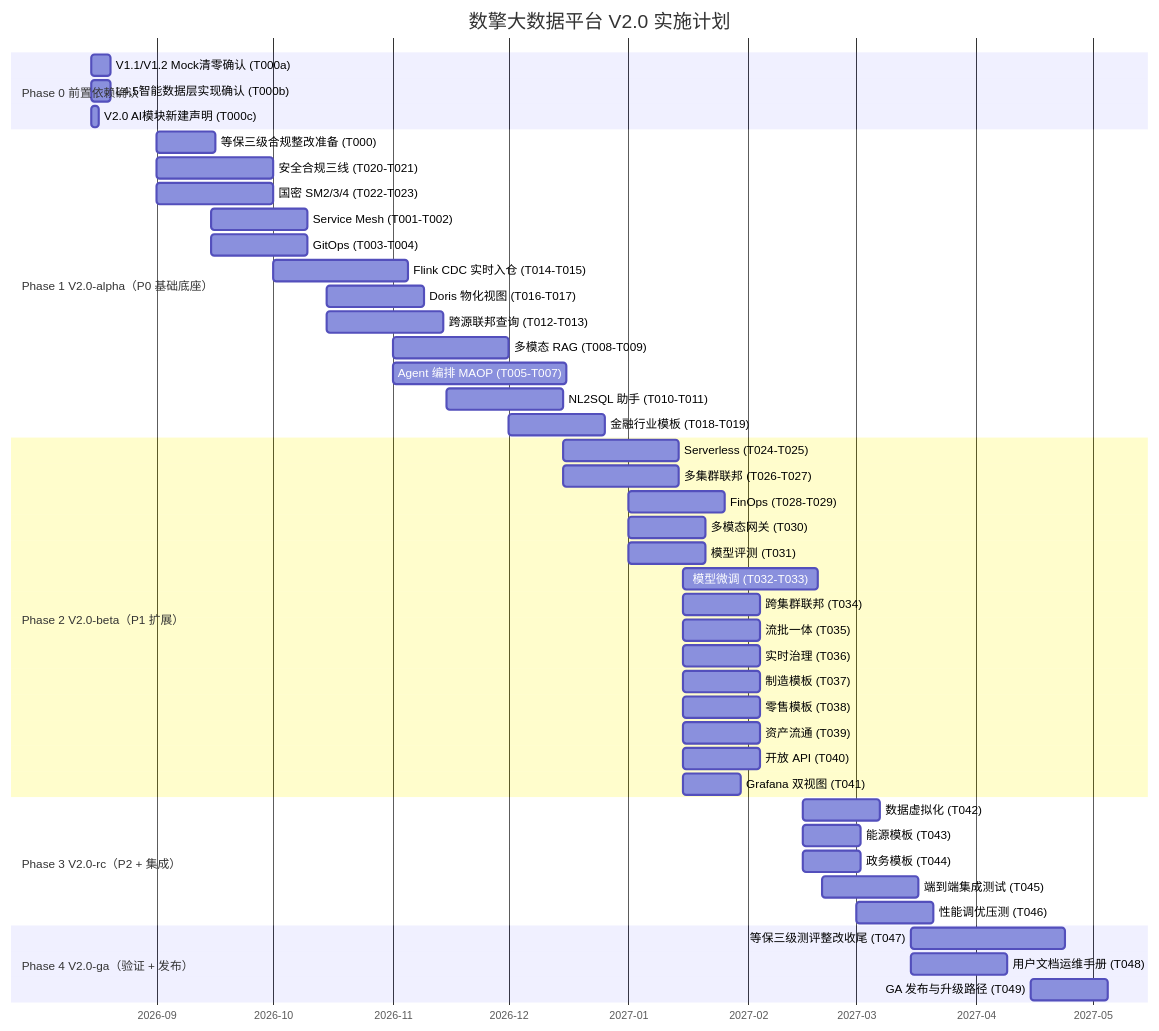
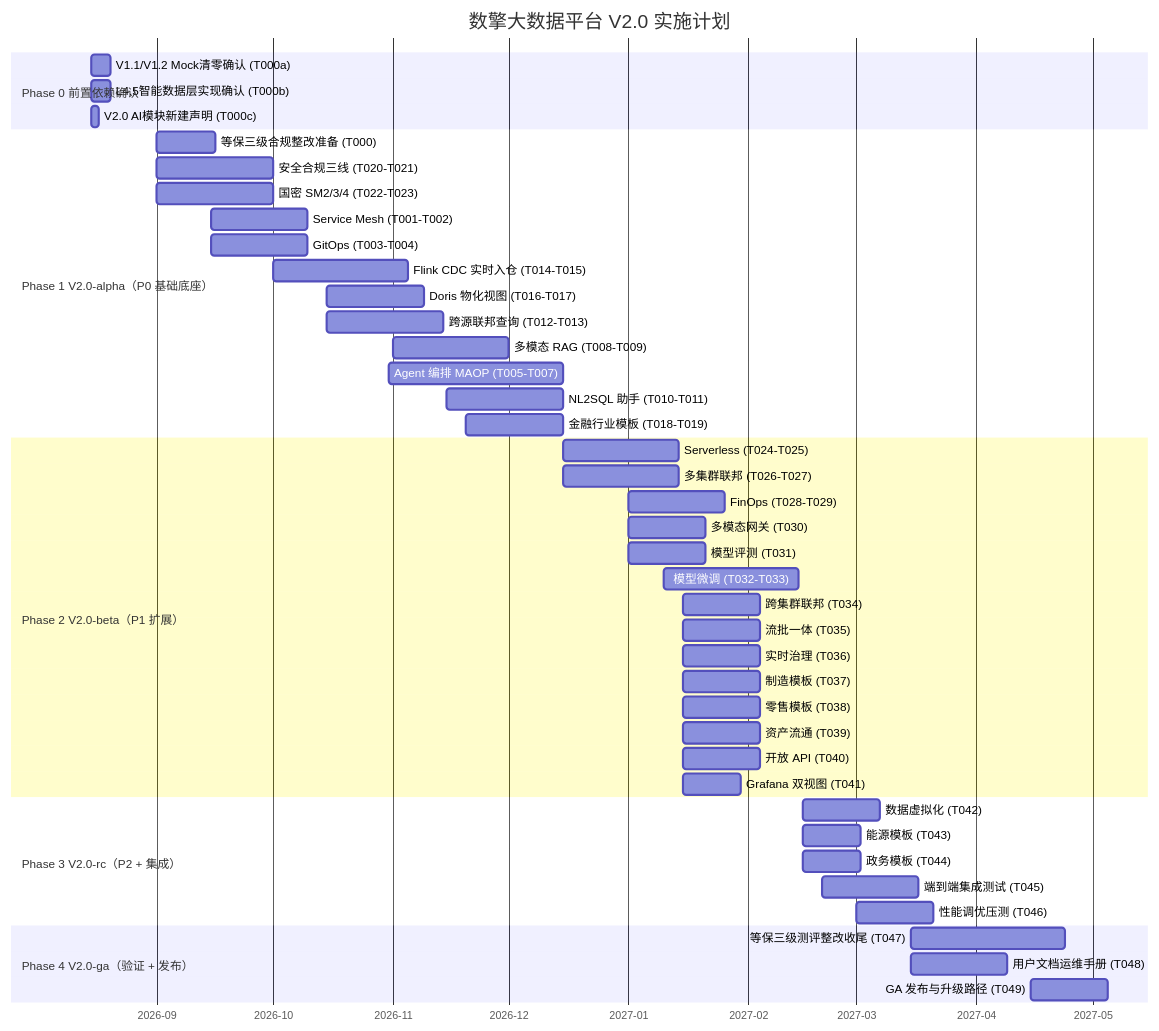
One commit to Levango7/DataEngineBDP changed the first of 3 diagrams in design/v2.0/V2.0_实施计划.md. Above: the diagram before and after it, drawn with Mermaid. The commit also changed other lines of this file and 6 other files, not shown here.

````diff
--- a/design/v2.0/V2.0_实施计划.md
+++ b/design/v2.0/V2.0_实施计划.md
@@ -32,53 +32,53 @@
 ```mermaid
 gantt
     title 数擎大数据平台 V2.0 实施计划
     dateFormat YYYY-MM-DD
     axisFormat %Y-%m
 
     section Phase 0 前置依赖确认
     V1.1/V1.2 Mock清零确认 (T000a)   :p0a, 2026-08-15, 5d
     L4.5智能数据层实现确认 (T000b)   :p0b, 2026-08-15, 5d
     V2.0 AI模块新建声明 (T000c)      :p0c, 2026-08-15, 2d
 
     section Phase 1 V2.0-alpha（P0 基础底座）
     等保三级合规整改准备 (T000)      :p1z, 2026-09-01, 15d
     安全合规三线 (T020-T021)       :p1a, 2026-09-01, 30d
     国密 SM2/3/4 (T022-T023)       :p1b, 2026-09-01, 30d
     Service Mesh (T001-T002)       :p1c, 2026-09-15, 25d
     GitOps (T003-T004)             :p1d, 2026-09-15, 25d
     Flink CDC 实时入仓 (T014-T015) :p1e, 2026-10-01, 35d
     Doris 物化视图 (T016-T017)     :p1f, 2026-10-15, 25d
     跨源联邦查询 (T012-T013)       :p1g, 2026-10-15, 30d
     多模态 RAG (T008-T009)         :p1h, 2026-11-01, 30d
-    Agent 编排 MAOP (T005-T007)    :p1i, 2026-11-01, 45d
+    Agent 编排 MAOP (T005-T007)    :p1i, 2026-10-31, 45d
     NL2SQL 助手 (T010-T011)        :p1j, 2026-11-15, 30d
-    金融行业模板 (T018-T019)       :p1k, 2026-12-01, 25d
+    金融行业模板 (T018-T019)       :p1k, 2026-11-20, 25d
 
     section Phase 2 V2.0-beta（P1 扩展）
     Serverless (T024-T025)         :p2a, 2026-12-15, 30d
     多集群联邦 (T026-T027)         :p2b, 2026-12-15, 30d
     FinOps (T028-T029)             :p2c, 2027-01-01, 25d
     多模态网关 (T030)              :p2d, 2027-01-01, 20d
     模型评测 (T031)                :p2e, 2027-01-01, 20d
-    模型微调 (T032-T033)           :p2f, 2027-01-15, 35d
+    模型微调 (T032-T033)           :p2f, 2027-01-10, 35d
     跨集群联邦 (T034)              :p2g, 2027-01-15, 20d
     流批一体 (T035)                :p2h, 2027-01-15, 20d
     实时治理 (T036)                :p2i, 2027-01-15, 20d
     制造模板 (T037)                :p2j, 2027-01-15, 20d
     零售模板 (T038)                :p2k, 2027-01-15, 20d
     资产流通 (T039)                :p2l, 2027-01-15, 20d
     开放 API (T040)                :p2m, 2027-01-15, 20d
     Grafana 双视图 (T041)          :p2n, 2027-01-15, 15d
 
     section Phase 3 V2.0-rc（P2 + 集成）
     数据虚拟化 (T042)              :p3a, 2027-02-15, 20d
     能源模板 (T043)                :p3b, 2027-02-15, 15d
     政务模板 (T044)                :p3c, 2027-02-15, 15d
     端到端集成测试 (T045)          :p3d, 2027-02-20, 25d
     性能调优压测 (T046)            :p3e, 2027-03-01, 20d
 
     section Phase 4 V2.0-ga（验证 + 发布）
     等保三级测评整改收尾 (T047)    :p4a, 2027-03-15, 40d
     用户文档运维手册 (T048)        :p4b, 2027-03-15, 25d
     GA 发布与升级路径 (T049)       :p4c, 2027-04-15, 20d
 ```
````
